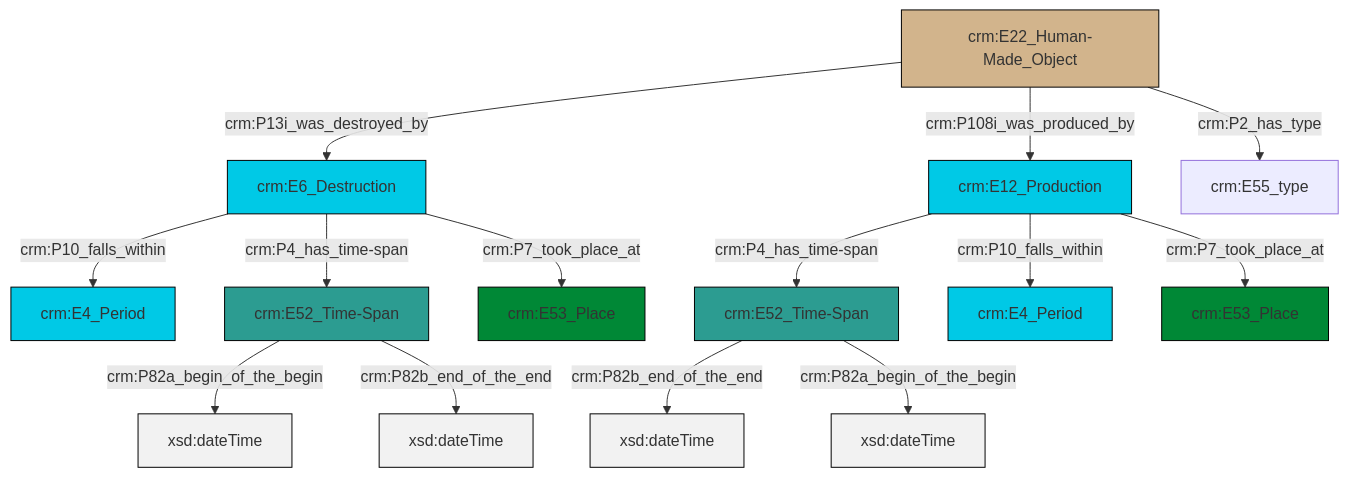
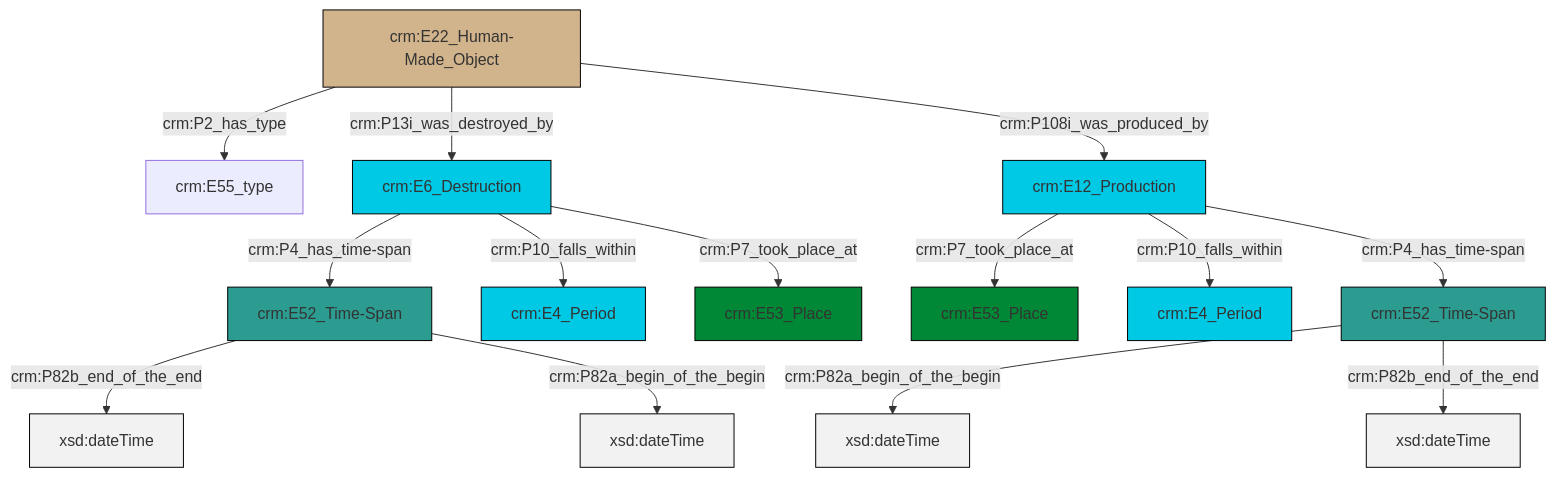
One commit to swiss-art-research-net/docs.swissartresearch changed the diagram in et/builtWorkCSV/ttl/mmd/Built_Work_existence.ttl.mmd. Above: the diagram before and after it, drawn with Mermaid. The commit also changed 173 other files, not shown here.

```diff
--- a/et/builtWorkCSV/ttl/mmd/Built_Work_existence.ttl.mmd
+++ b/et/builtWorkCSV/ttl/mmd/Built_Work_existence.ttl.mmd
@@ -1,28 +1,28 @@
 graph TD
 classDef Literal fill:#f2f2f2,stroke:#000000;
 classDef CRM_Entity fill:#FFFFFF,stroke:#000000;
 classDef Temporal_Entity fill:#00C9E6, stroke:#000000;
 classDef Type fill:#E18312, stroke:#000000;
 classDef Time-Span fill:#2C9C91, stroke:#000000;
 classDef Appellation fill:#FFEB7F, stroke:#000000;
 classDef Place fill:#008836, stroke:#000000;
 classDef Persistent_Item fill:#B266B2, stroke:#000000;
 classDef Conceptual_Object fill:#FFD700, stroke:#000000;
 classDef Physical_Thing fill:#D2B48C, stroke:#000000;
 classDef Actor fill:#f58aad, stroke:#000000;
 classDef PC_Classes fill:#4ce600, stroke:#000000;
 classDef Multi fill:#cccccc,stroke:#000000;
 
-0["crm:E6_Destruction"]:::Temporal_Entity -->|crm:P10_falls_within| 1["crm:E4_Period"]:::Temporal_Entity
-2["crm:E12_Production"]:::Temporal_Entity -->|crm:P4_has_time-span| 3["crm:E52_Time-Span"]:::Time-Span
-7["crm:E52_Time-Span"]:::Time-Span -->|crm:P82a_begin_of_the_begin| 8[xsd:dateTime]:::Literal
-3["crm:E52_Time-Span"]:::Time-Span -->|crm:P82b_end_of_the_end| 11[xsd:dateTime]:::Literal
-9["crm:E22_Human-Made_Object"]:::Physical_Thing -->|crm:P13i_was_destroyed_by| 0["crm:E6_Destruction"]:::Temporal_Entity
-0["crm:E6_Destruction"]:::Temporal_Entity -->|crm:P7_took_place_at| 5["crm:E53_Place"]:::Place
-2["crm:E12_Production"]:::Temporal_Entity -->|crm:P10_falls_within| 13["crm:E4_Period"]:::Temporal_Entity
-7["crm:E52_Time-Span"]:::Time-Span -->|crm:P82b_end_of_the_end| 17[xsd:dateTime]:::Literal
-0["crm:E6_Destruction"]:::Temporal_Entity -->|crm:P4_has_time-span| 7["crm:E52_Time-Span"]:::Time-Span
-9["crm:E22_Human-Made_Object"]:::Physical_Thing -->|crm:P2_has_type| 15["crm:E55_type"]:::Default
-9["crm:E22_Human-Made_Object"]:::Physical_Thing -->|crm:P108i_was_produced_by| 2["crm:E12_Production"]:::Temporal_Entity
-2["crm:E12_Production"]:::Temporal_Entity -->|crm:P7_took_place_at| 19["crm:E53_Place"]:::Place
-3["crm:E52_Time-Span"]:::Time-Span -->|crm:P82a_begin_of_the_begin| 22[xsd:dateTime]:::Literal
+0["crm:E6_Destruction"]:::Temporal_Entity -->|crm:P4_has_time-span| 1["crm:E52_Time-Span"]:::Time-Span
+2["crm:E12_Production"]:::Temporal_Entity -->|crm:P7_took_place_at| 3["crm:E53_Place"]:::Place
+4["crm:E22_Human-Made_Object"]:::Physical_Thing -->|crm:P2_has_type| 6["crm:E55_type"]:::Default
+2["crm:E12_Production"]:::Temporal_Entity -->|crm:P10_falls_within| 7["crm:E4_Period"]:::Temporal_Entity
+1["crm:E52_Time-Span"]:::Time-Span -->|crm:P82b_end_of_the_end| 14[xsd:dateTime]:::Literal
+0["crm:E6_Destruction"]:::Temporal_Entity -->|crm:P10_falls_within| 11["crm:E4_Period"]:::Temporal_Entity
+1["crm:E52_Time-Span"]:::Time-Span -->|crm:P82a_begin_of_the_begin| 16[xsd:dateTime]:::Literal
+0["crm:E6_Destruction"]:::Temporal_Entity -->|crm:P7_took_place_at| 9["crm:E53_Place"]:::Place
+4["crm:E22_Human-Made_Object"]:::Physical_Thing -->|crm:P13i_was_destroyed_by| 0["crm:E6_Destruction"]:::Temporal_Entity
+2["crm:E12_Production"]:::Temporal_Entity -->|crm:P4_has_time-span| 17["crm:E52_Time-Span"]:::Time-Span
+17["crm:E52_Time-Span"]:::Time-Span -->|crm:P82a_begin_of_the_begin| 22[xsd:dateTime]:::Literal
+4["crm:E22_Human-Made_Object"]:::Physical_Thing -->|crm:P108i_was_produced_by| 2["crm:E12_Production"]:::Temporal_Entity
+17["crm:E52_Time-Span"]:::Time-Span -->|crm:P82b_end_of_the_end| 23[xsd:dateTime]:::Literal
```
